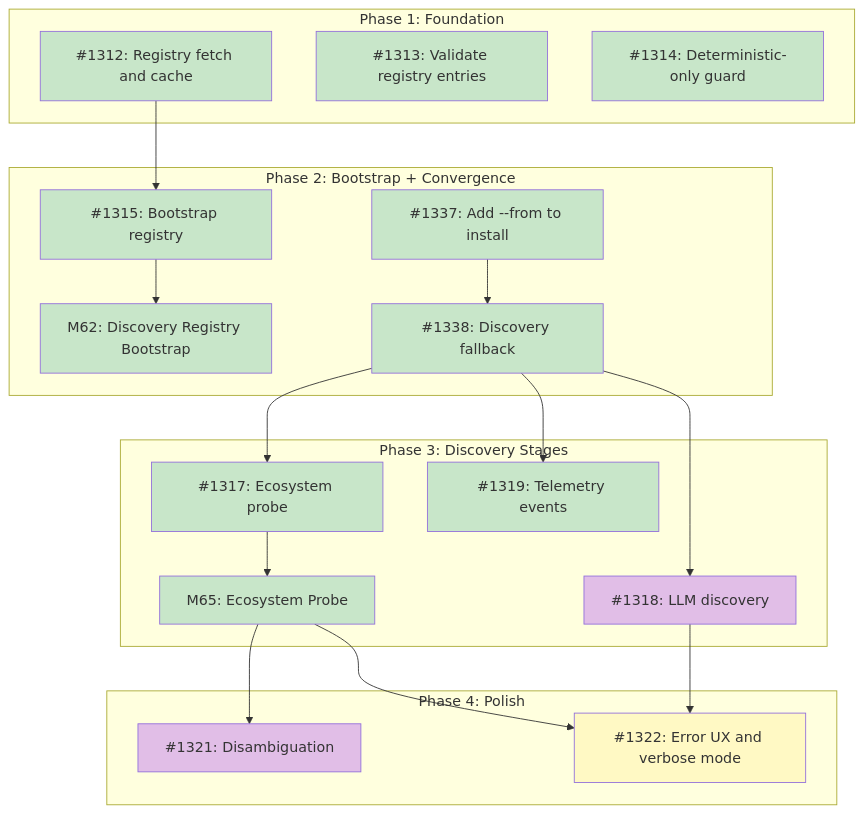
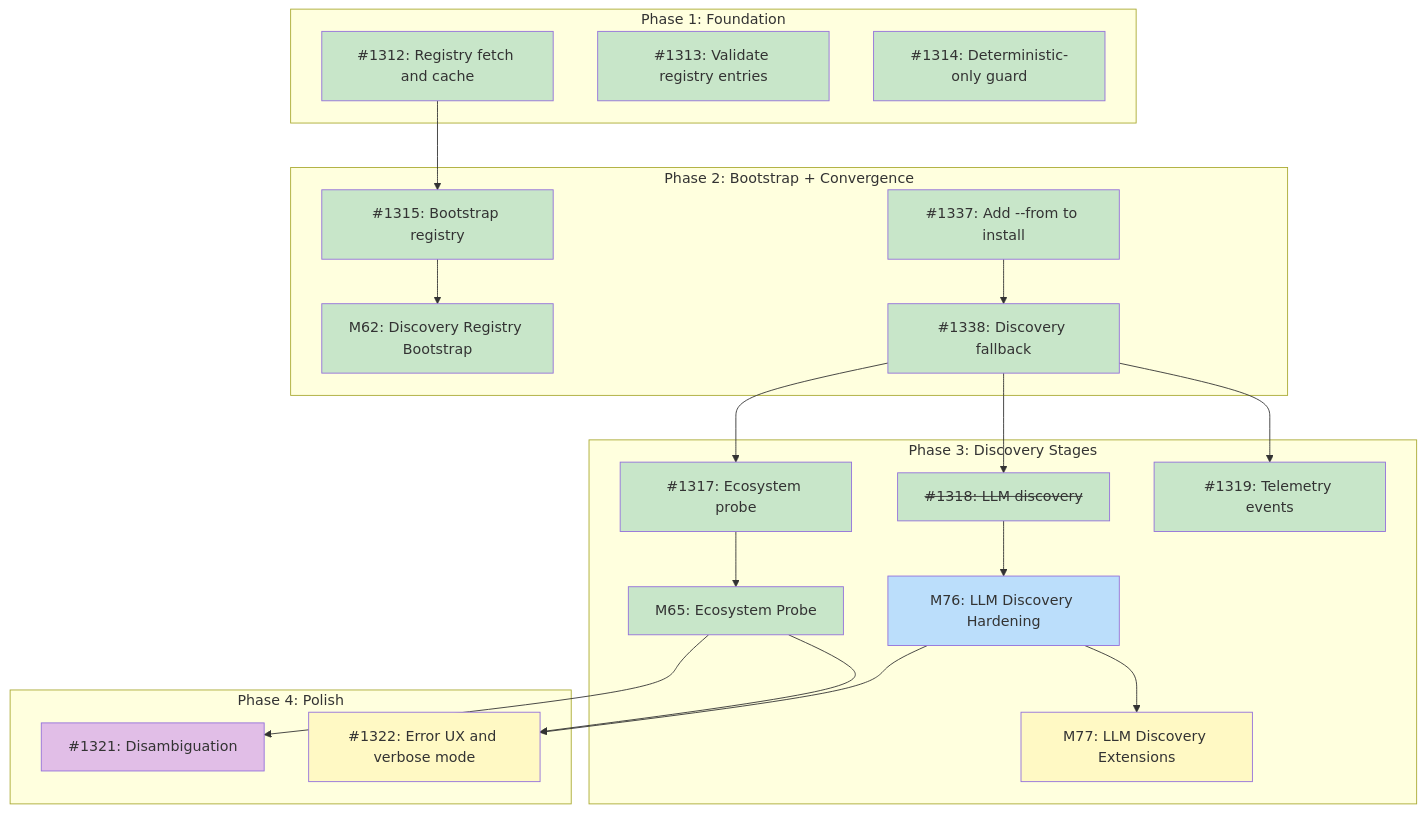
One commit to tsukumogami/tsuku changed the diagram in docs/designs/DESIGN-discovery-resolver.md. Above: the diagram before and after it, drawn with Mermaid. The commit also changed other lines of this file, not shown here.

Commit message:
docs: mark #1318 complete with M76/M77 decomposition (#1621)
Update DESIGN-discovery-resolver.md to reflect that issue #1318 (LLM
discovery) was decomposed into milestones M76 (LLM Discovery Hardening)
and M77 (LLM Discovery Extensions).

````diff
--- a/docs/designs/DESIGN-discovery-resolver.md
+++ b/docs/designs/DESIGN-discovery-resolver.md
@@ -64,54 +68,60 @@
 ```mermaid
 graph TD
     subgraph Phase1["Phase 1: Foundation"]
         I1312["#1312: Registry fetch and cache"]
         I1313["#1313: Validate registry entries"]
         I1314["#1314: Deterministic-only guard"]
     end
 
     subgraph Phase2["Phase 2: Bootstrap + Convergence"]
         M62["M62: Discovery Registry Bootstrap"]
         I1315["#1315: Bootstrap registry"]
         I1337["#1337: Add --from to install"]
         I1338["#1338: Discovery fallback"]
     end
 
     subgraph Phase3["Phase 3: Discovery Stages"]
         I1317["#1317: Ecosystem probe"]
         M65["M65: Ecosystem Probe"]
-        I1318["#1318: LLM discovery"]
+        I1318["<s>#1318: LLM discovery</s>"]
+        M76["M76: LLM Discovery Hardening"]
+        M77["M77: LLM Discovery Extensions"]
         I1319["#1319: Telemetry events"]
     end
 
     subgraph Phase4["Phase 4: Polish"]
         I1321["#1321: Disambiguation"]
         I1322["#1322: Error UX and verbose mode"]
     end
 
     I1312 --> I1315
     I1315 --> M62
     I1337 --> I1338
     I1338 --> I1317
     I1317 --> M65
     I1338 --> I1318
+    I1318 --> M76
+    M76 --> M77
     I1338 --> I1319
     M65 --> I1321
     M65 --> I1322
-    I1318 --> I1322
+    M76 --> I1322
 
     classDef done fill:#c8e6c9
     classDef ready fill:#bbdefb
     classDef blocked fill:#fff9c4
     classDef needsDesign fill:#e1bee7
 
     class I1312,I1313,I1314 done
     class I1337,I1338 done
     class I1319 done
     class I1317 done
-    class I1318 needsDesign
+    class I1318 done
+    class M76 ready
+    class M77 blocked
     class M65 done
     class M62 done
     class I1315 done
     class I1321 needsDesign
     class I1322 blocked
 ```
````
